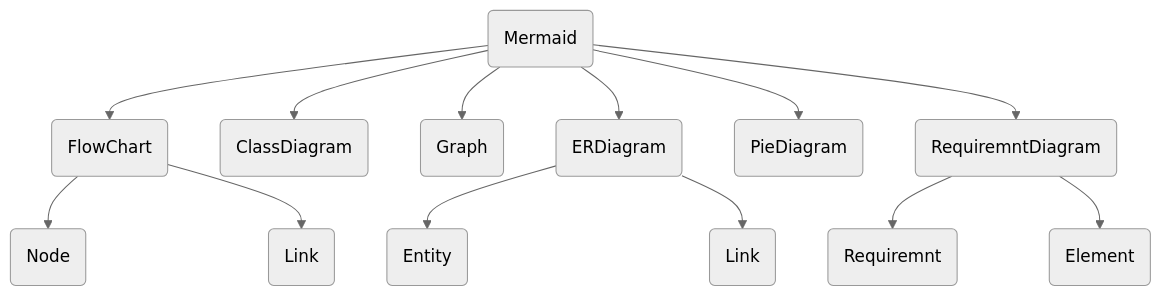
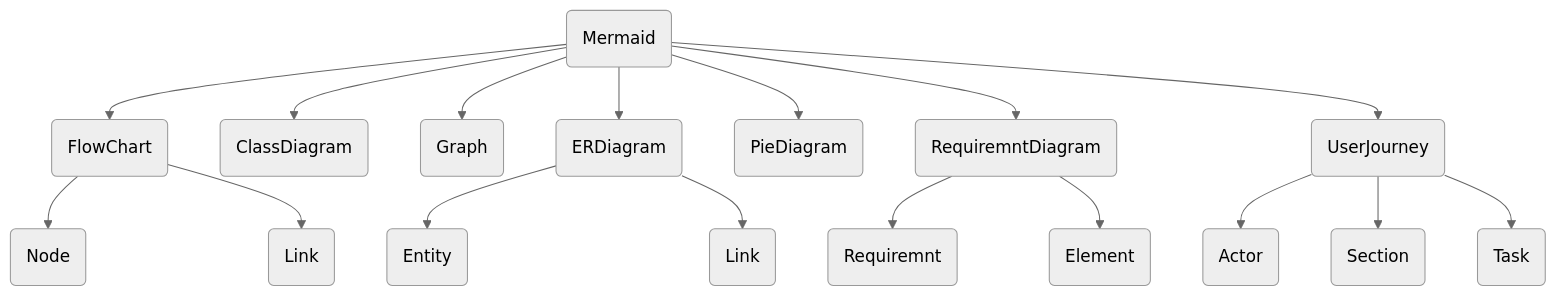
The diagram in README.md (ouhammmourachid/mermaid-py), drawn with Mermaid (neutral theme) before and after one commit.

Commit message:
Add user journey diagram to the mermaid flowchart

````diff
--- a/README.md
+++ b/README.md
@@ -38,25 +38,25 @@
 ```mermaid
 graph TD;
     mer(Mermaid)
     flow(FlowChart);
     clas(ClassDiagram)
     gra(Graph)
     erDigram(ERDiagram)
     pie(PieDiagram)
     reqDiagram(RequiremntDiagram)
+    userj(UserJourney)
     erdiagram-link(Link)
     entity(Entity)
     flow-link(Link)
     node(Node)
     requiremnt(Requiremnt)
     element(Element)
-    mer --> flow
-    mer --> clas
-    mer --> gra
-    mer --> erDigram
-    mer --> pie
-    mer --> reqDiagram
+    actor(Actor)
+    section(Section)
+    task(Task)
+    mer --> flow & clas & gra & erDigram & pie & reqDiagram & userj
     flow --> node & flow-link
     erDigram --> entity & erdiagram-link
     reqDiagram --> requiremnt & element
+    userj --> actor & section & task
 ```
````
